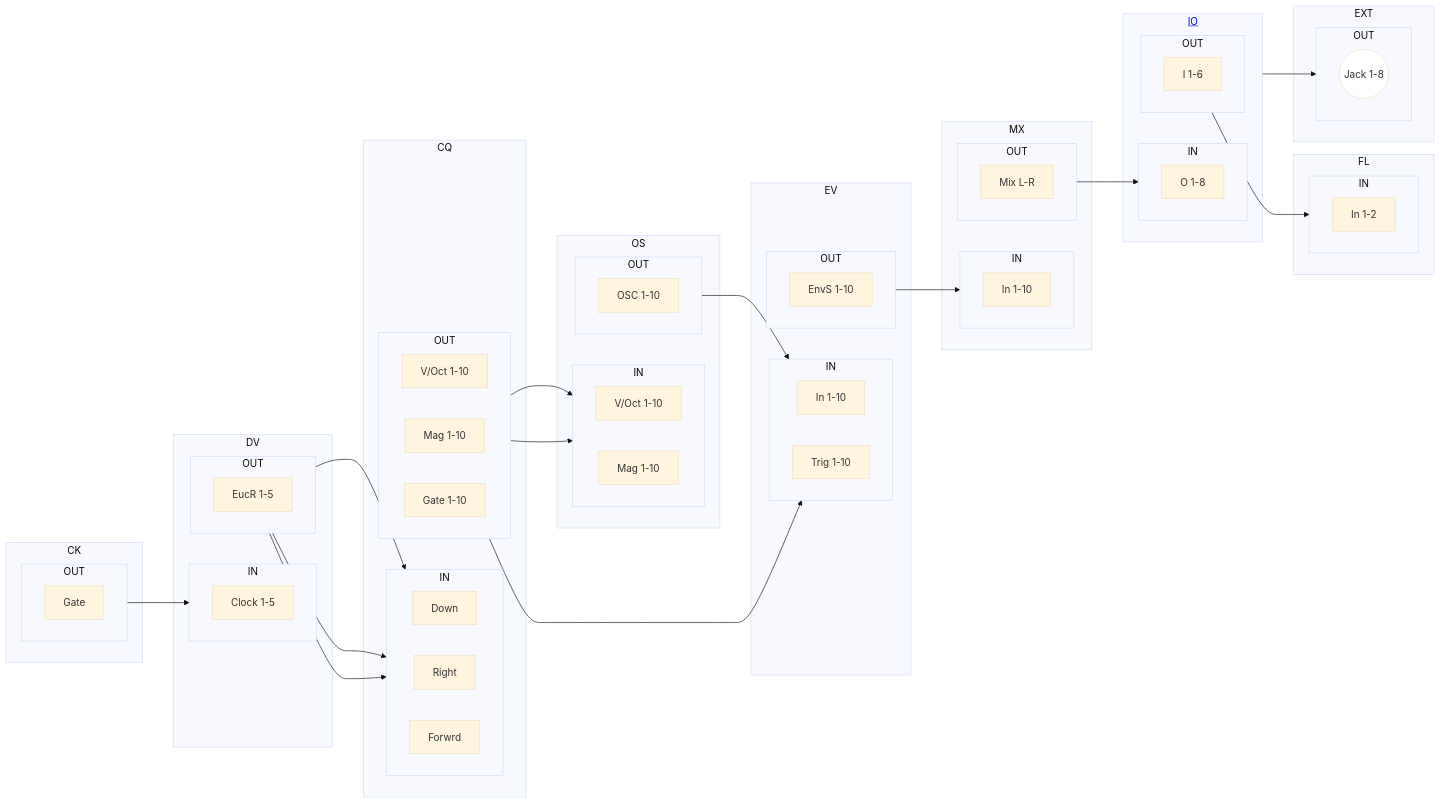
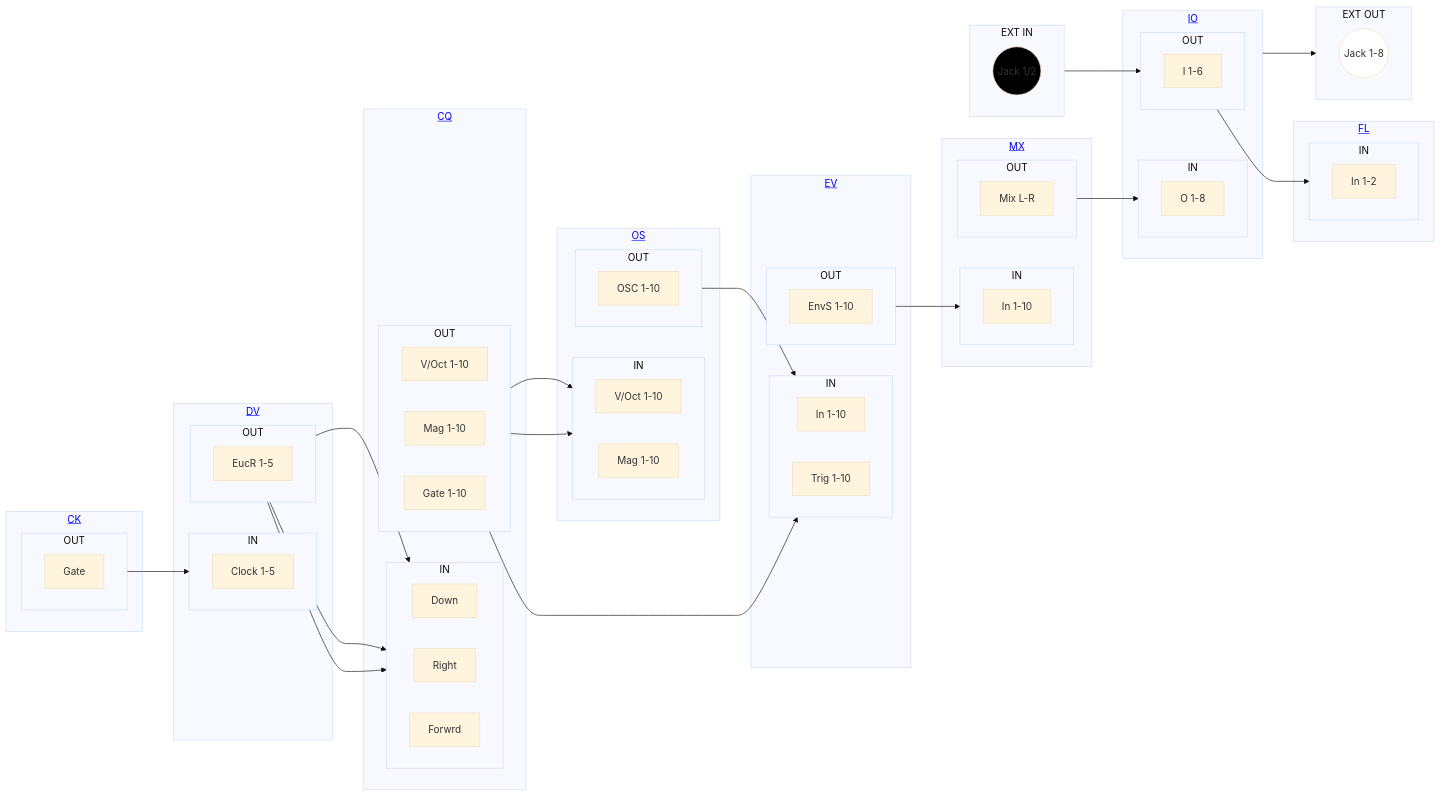
Before and after one commit to acumartini/dectet-public: diagram 13 of 30 in README.md, drawn with Mermaid (base theme). The commit also changed other lines of this file, not shown here.

Commit message:
updates for modules/racks under QA with new patch diagrams add module links

````diff
--- a/README.md
+++ b/README.md
@@ -1412,6 +1413,6 @@
 ```mermaid
 flowchart LR
-  subgraph IO[<a href='#io\-\-\-inputoutput'>IO</a>]
+  subgraph IO[<a href='#io-inputoutput'>IO</a>]
     subgraph IO_IN[IN]
       direction LR
         IO_IN_O[O 1-8]
@@ -1421,19 +1422,19 @@
         IO_OUT_I[I 1-6]
     end
   end
-  subgraph FL
+  subgraph FL[<a href='#fl-envelope-follower'>FL</a>]
     subgraph FL_IN[IN]
       direction LR
         FL_IN_In[In 1-2]
     end
   end
-  subgraph CK
+  subgraph CK[<a href='#ck-clock'>CK</a>]
     subgraph CK_OUT[OUT]
       direction LR
         CK_OUT_Gate[Gate]
     end
   end
-  subgraph DV
+  subgraph DV[<a href='#dv-euclidean-clock-divider'>DV</a>]
     subgraph DV_IN[IN]
       direction LR
         DV_IN_Clock[Clock 1-5]
@@ -1443,7 +1444,7 @@
         DV_OUT_EucR[EucR 1-5]
     end
   end
-  subgraph CQ
+  subgraph CQ[<a href='#cq-cartesian-sequencer'>CQ</a>]
     subgraph CQ_IN[IN]
       direction LR
         CQ_IN_Down[Down]
@@ -1457,7 +1458,7 @@
         CQ_OUT_Gate[Gate 1-10]
     end
   end
-  subgraph OS
+  subgraph OS[<a href='#os-oscillator'>OS</a>]
     subgraph OS_IN[IN]
       direction LR
         OS_IN_Voct[V/Oct 1-10]
@@ -1468,7 +1469,7 @@
         OS_OUT_OSC[OSC 1-10]
     end
   end
-  subgraph EV
+  subgraph EV[<a href='#ev-envelope-generator--vca'>EV</a>]
     subgraph EV_IN[IN]
       direction LR
         EV_IN_In[In 1-10]
@@ -1479,7 +1480,7 @@
         EV_OUT_EnvS[EnvS 1-10]
     end
   end
-  subgraph MX
+  subgraph MX[<a href='#mx-mixer'>MX</a>]
     subgraph MX_IN[IN]
       direction LR
         MX_IN_In[In 1-10]
@@ -1489,13 +1490,15 @@
         MX_OUT_Mix[Mix L-R]
     end
   end
-  subgraph EXT
-    subgraph EXT_OUT[OUT]
-      direction LR
-        EXT_OUT_Jack((Jack 1-8))
-    end
+  subgraph EXT_IN[EXT IN]
+    direction LR
+      EXT_In_Jack((Jack 1/2))
   end
-IO_OUT_I-->FL_IN_In
+  subgraph EXT_OUT[EXT OUT]
+    direction LR
+      EXT_OUT_Jack((Jack 1-8))
+  end
+EXT_In_Jack-->IO_OUT_I-->FL_IN_In
 CK_OUT_Gate-->DV_IN_Clock
 DV_OUT_EucR-->CQ_IN_Down
 DV_OUT_EucR-->CQ_IN_Right
@@ -1507,5 +1510,6 @@
 EV_OUT_EnvS-->MX_IN_In
 MX_OUT_Mix-->IO_IN_O
 IO-->EXT_OUT_Jack
+style EXT_In_Jack fill:#000
 style EXT_OUT_Jack fill:#fff
 ```
````
